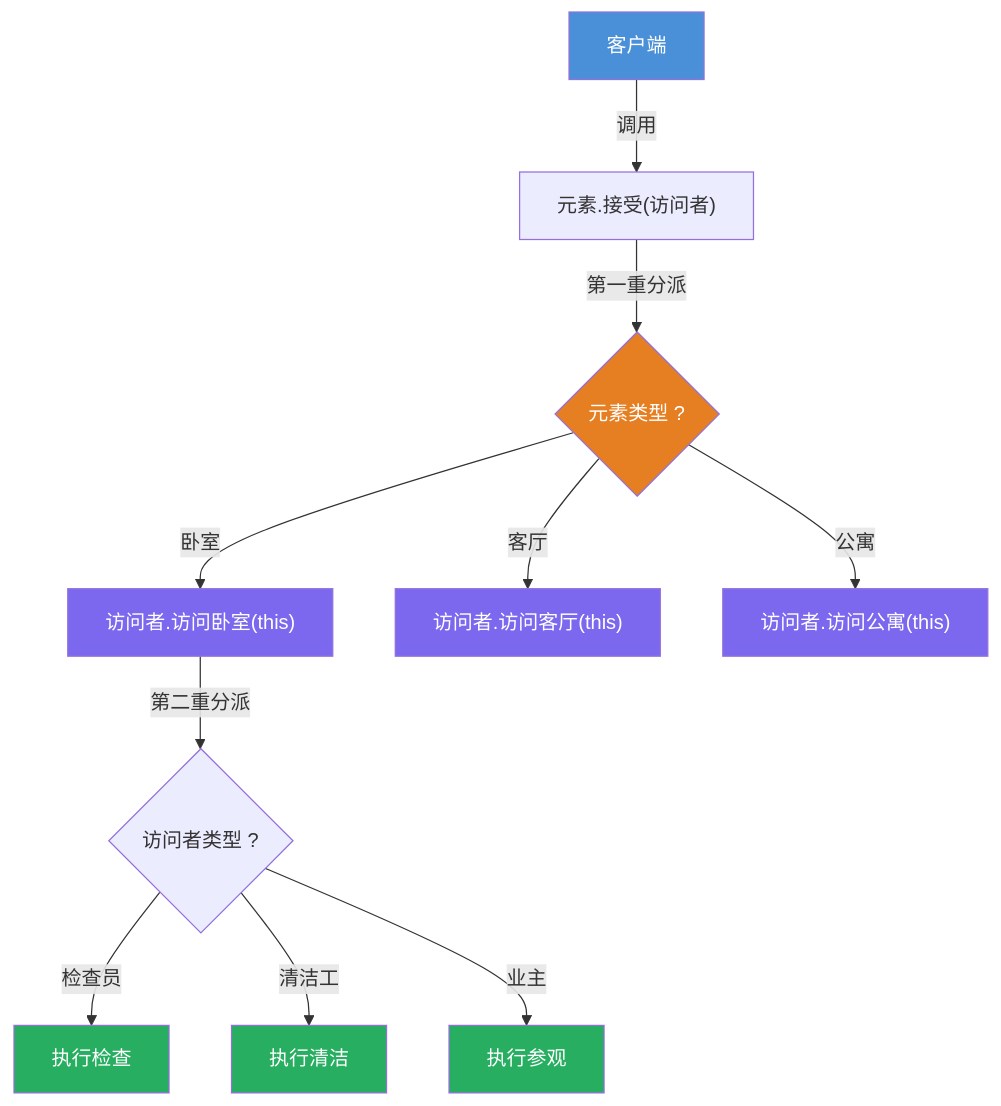
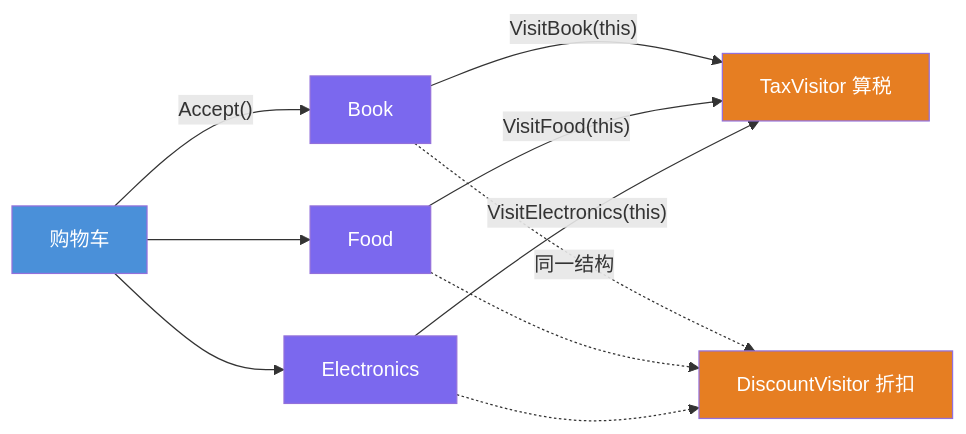
The second of 3 diagrams in VisitorPattern/README.md (hollson/design_patterns), drawn with Mermaid before and after one commit. The commit also changed other lines of this file and 25 other files, not shown here.

````diff
--- a/VisitorPattern/README.md
+++ b/VisitorPattern/README.md
@@ -27,21 +121,19 @@
 ```mermaid
-flowchart TD
-    A["客户端"] -->|"调用"| B["元素.接受(访问者)"]
-    B -->|"第一重分派"| C{"元素类型 ?"}
-    C -->|"卧室"| D["访问者.访问卧室(this)"]
-    C -->|"客厅"| E["访问者.访问客厅(this)"]
-    C -->|"公寓"| F["访问者.访问公寓(this)"]
-    D -->|"第二重分派"| G{"访问者类型 ?"}
-    G -->|"检查员"| H["执行检查"]
-    G -->|"清洁工"| I["执行清洁"]
-    G -->|"业主"| J["执行参观"]
+flowchart LR
+    C["购物车"] -->|"Accept()"| B["Book"]
+    C --> F["Food"]
+    C --> E["Electronics"]
+    B -->|"VisitBook(this)"| T["TaxVisitor 算税"]
+    F -->|"VisitFood(this)"| T
+    E -->|"VisitElectronics(this)"| T
+    B -.->|"同一结构"| D["DiscountVisitor 折扣"]
+    F -.-> D
+    E -.-> D
 
-    style A fill:#4A90D9,color:#fff
-    style C fill:#E67E22,color:#fff
-    style D fill:#7B68EE,color:#fff
+    style C fill:#4A90D9,color:#fff
+    style B fill:#7B68EE,color:#fff
+    style F fill:#7B68EE,color:#fff
     style E fill:#7B68EE,color:#fff
-    style F fill:#7B68EE,color:#fff
-    style H fill:#27AE60,color:#fff
-    style I fill:#27AE60,color:#fff
-    style J fill:#27AE60,color:#fff
+    style T fill:#E67E22,color:#fff
+    style D fill:#E67E22,color:#fff
 ```
````
